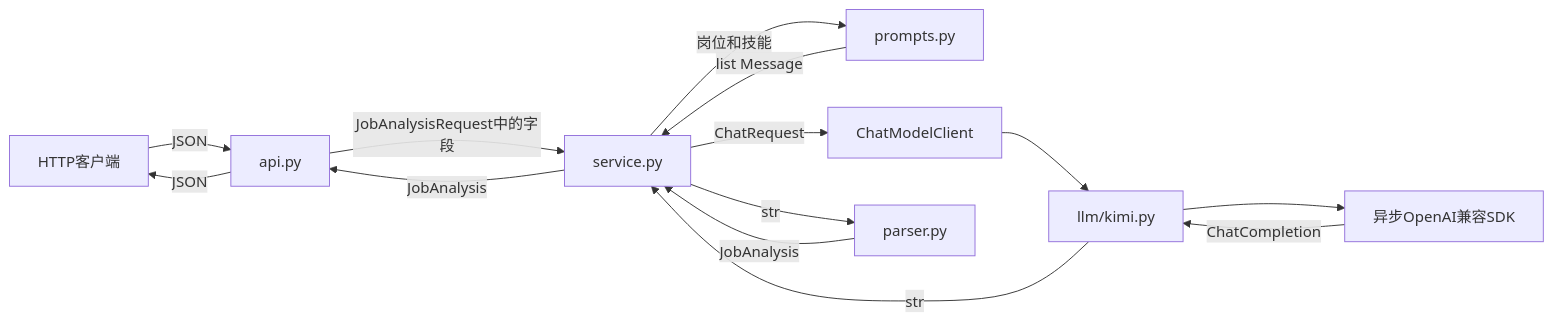
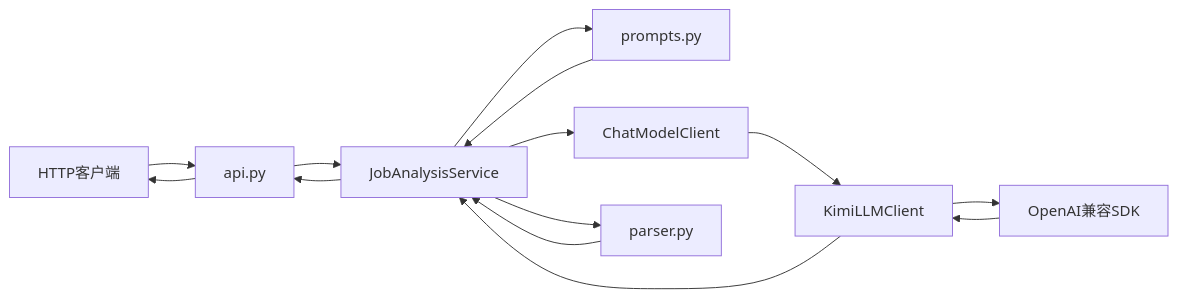
Before and after one commit to qq1237/job-analysis-service: the first of 3 diagrams in docs/architecture.md, drawn with Mermaid. The commit also changed other lines of this file and 1 other file, not shown here.

Commit message:
docs: document RAG V2 architecture and usage

````diff
--- a/docs/architecture.md
+++ b/docs/architecture.md
@@ -26,16 +65,16 @@
 ```mermaid
 flowchart LR
-    Client[HTTP客户端] -->|JSON| API[api.py]
-    API -->|JobAnalysisRequest中的字段| Service[service.py]
-    Service -->|岗位和技能| Prompt[prompts.py]
-    Prompt -->|list Message| Service
-    Service -->|ChatRequest| Protocol[ChatModelClient]
-    Protocol --> Kimi[llm/kimi.py]
-    Kimi --> SDK[异步OpenAI兼容SDK]
-    SDK -->|ChatCompletion| Kimi
-    Kimi -->|str| Service
-    Service -->|str| Parser[parser.py]
-    Parser -->|JobAnalysis| Service
-    Service -->|JobAnalysis| API
-    API -->|JSON| Client
+    Client[HTTP客户端] --> API[api.py]
+    API --> Service[JobAnalysisService]
+    Service --> Prompt[prompts.py]
+    Prompt --> Service
+    Service --> ChatProtocol[ChatModelClient]
+    ChatProtocol --> Kimi[KimiLLMClient]
+    Kimi --> SDK[OpenAI兼容SDK]
+    SDK --> Kimi
+    Kimi --> Service
+    Service --> Parser[parser.py]
+    Parser --> Service
+    Service --> API
+    API --> Client
 ```
````
